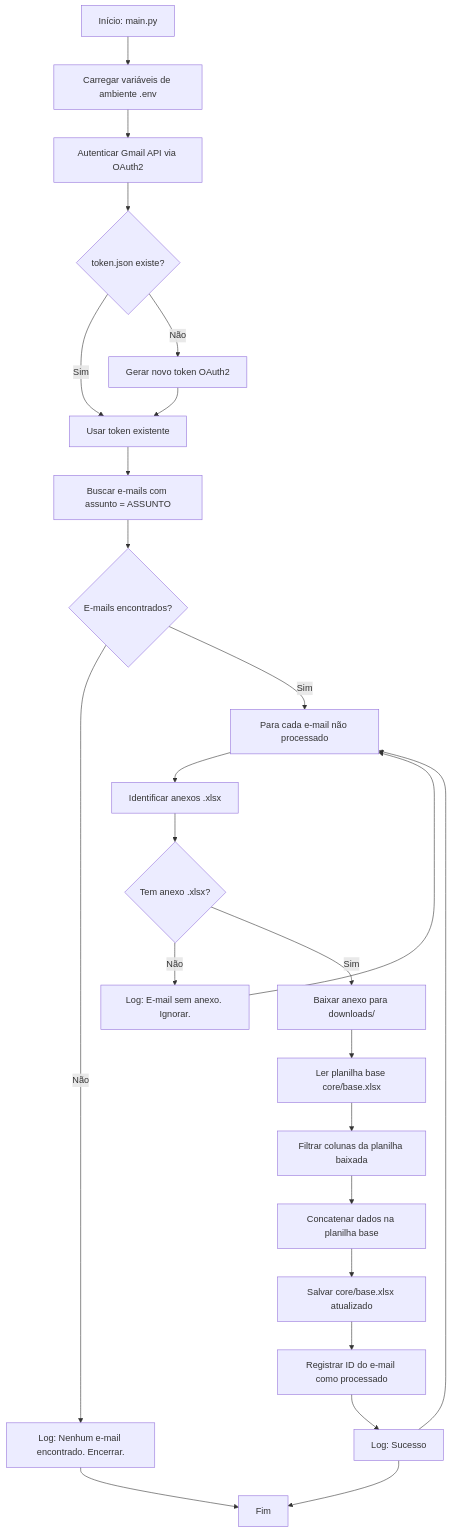
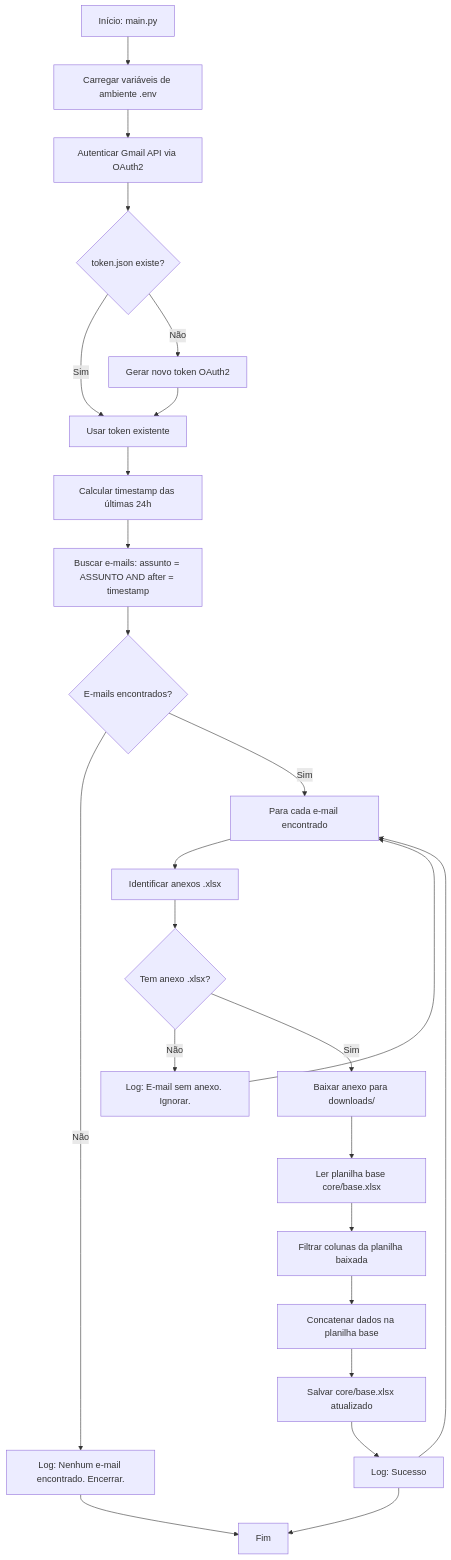
One commit to Guilherme-GVDS/gmail_xlsx changed the first of 2 diagrams in PRD.md. Above: the diagram before and after it, drawn with Mermaid. The commit also changed other lines of this file and 18 other files, not shown here.

````diff
--- a/PRD.md
+++ b/PRD.md
@@ -88,27 +89,27 @@
 ```mermaid
 flowchart TD
     A[Início: main.py] --> B[Carregar variáveis de ambiente .env]
     B --> C[Autenticar Gmail API via OAuth2]
     C --> D{token.json existe?}
     D -- Sim --> E[Usar token existente]
     D -- Não --> F[Gerar novo token OAuth2]
     F --> E
-    E --> G[Buscar e-mails com assunto = ASSUNTO]
-    G --> H{E-mails encontrados?}
-    H -- Não --> I[Log: Nenhum e-mail encontrado. Encerrar.]
-    H -- Sim --> J[Para cada e-mail não processado]
-    J --> K[Identificar anexos .xlsx]
-    K --> L{Tem anexo .xlsx?}
-    L -- Não --> M[Log: E-mail sem anexo. Ignorar.]
-    L -- Sim --> N[Baixar anexo para downloads/]
-    N --> O[Ler planilha base core/base.xlsx]
-    O --> P[Filtrar colunas da planilha baixada]
-    P --> Q[Concatenar dados na planilha base]
-    Q --> R[Salvar core/base.xlsx atualizado]
-    R --> S[Registrar ID do e-mail como processado]
+    E --> G[Calcular timestamp das últimas 24h]
+    G --> H[Buscar e-mails: assunto = ASSUNTO AND after = timestamp]
+    H --> I{E-mails encontrados?}
+    I -- Não --> J[Log: Nenhum e-mail encontrado. Encerrar.]
+    I -- Sim --> K[Para cada e-mail encontrado]
+    K --> L[Identificar anexos .xlsx]
+    L --> M{Tem anexo .xlsx?}
+    M -- Não --> N[Log: E-mail sem anexo. Ignorar.]
+    M -- Sim --> O[Baixar anexo para downloads/]
+    O --> P[Ler planilha base core/base.xlsx]
+    P --> Q[Filtrar colunas da planilha baixada]
+    Q --> R[Concatenar dados na planilha base]
+    R --> S[Salvar core/base.xlsx atualizado]
     S --> T[Log: Sucesso]
-    T --> J
-    M --> J
-    I --> U[Fim]
+    T --> K
+    N --> K
+    J --> U[Fim]
     T --> U
 ```
````
